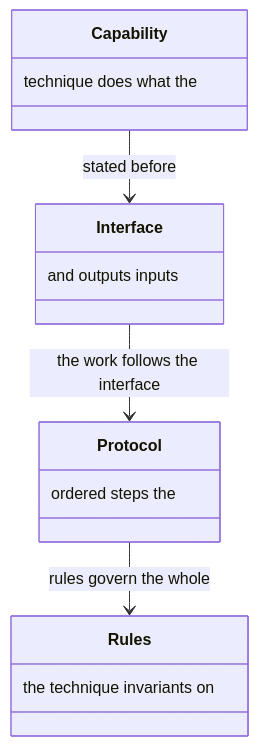
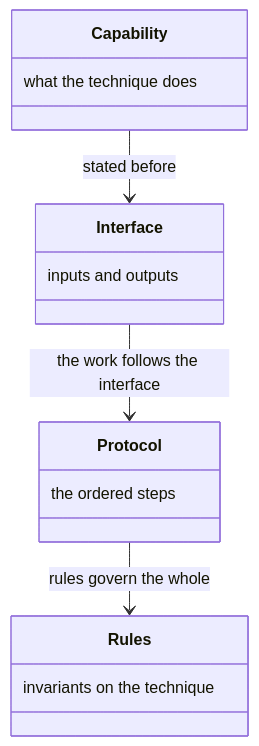
Before and after one commit to m2ux/workflow-server: the fourth of 14 diagrams in docs/technique.md, drawn with Mermaid. The commit also changed other lines of this file and 10 other files, not shown here.

Commit message:
Write each class-box note in reading order so the diagram shows the phrase as written.

````diff
--- a/docs/technique.md
+++ b/docs/technique.md
@@ -64,18 +64,18 @@
 ```mermaid
 classDiagram
   class Capability {
-    technique does what the
+    what the technique does
   }
   class Interface {
-    and outputs inputs
+    inputs and outputs
   }
   class Protocol {
-    ordered steps the
+    the ordered steps
   }
   class Rules {
-    the technique invariants on
+    invariants on the technique
   }
   Capability --> Interface : stated before
   Interface --> Protocol : the work follows the interface
   Protocol --> Rules : rules govern the whole
 ```
````
